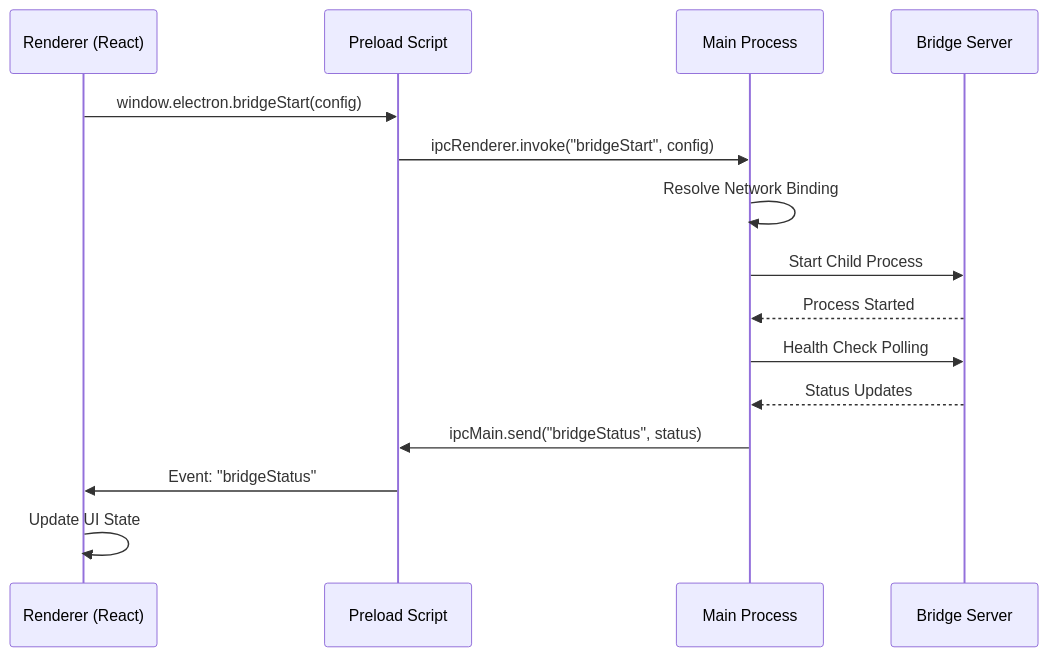
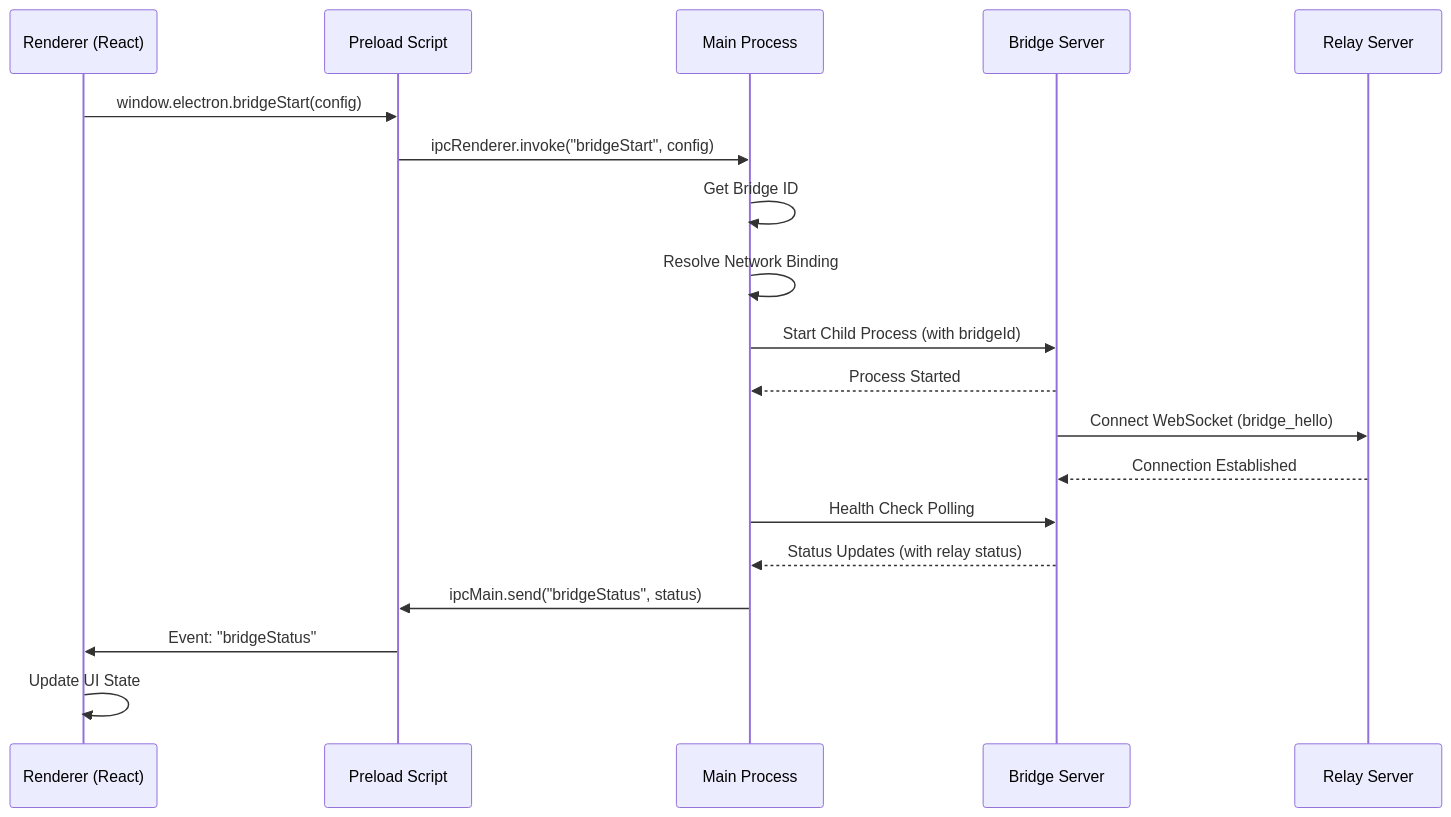
Before and after one commit to pivotrecruiting/broadify-bridge: the second of 8 diagrams in docs/BRIDGE_ARCHITECTURE.md, drawn with Mermaid. The commit also changed other lines of this file and 13 other files, not shown here.

````diff
--- a/docs/BRIDGE_ARCHITECTURE.md
+++ b/docs/BRIDGE_ARCHITECTURE.md
@@ -133,19 +151,23 @@
 ```mermaid
 sequenceDiagram
     participant UI as Renderer (React)
     participant Preload as Preload Script
     participant Main as Main Process
     participant Bridge as Bridge Server
-
+    participant Relay as Relay Server
+    
     UI->>Preload: window.electron.bridgeStart(config)
     Preload->>Main: ipcRenderer.invoke("bridgeStart", config)
+    Main->>Main: Get Bridge ID
     Main->>Main: Resolve Network Binding
-    Main->>Bridge: Start Child Process
+    Main->>Bridge: Start Child Process (with bridgeId)
     Bridge-->>Main: Process Started
-
+    Bridge->>Relay: Connect WebSocket (bridge_hello)
+    Relay-->>Bridge: Connection Established
+    
     Main->>Bridge: Health Check Polling
-    Bridge-->>Main: Status Updates
+    Bridge-->>Main: Status Updates (with relay status)
     Main->>Preload: ipcMain.send("bridgeStatus", status)
     Preload->>UI: Event: "bridgeStatus"
     UI->>UI: Update UI State
 ```
````
